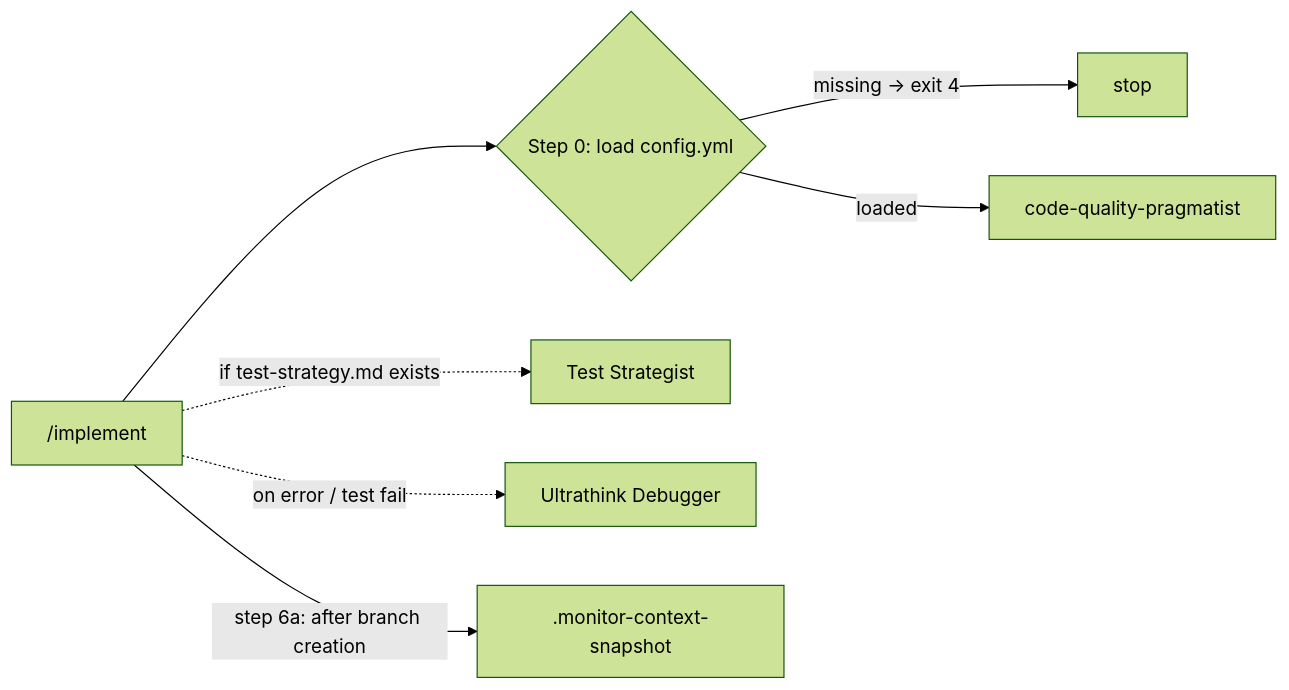
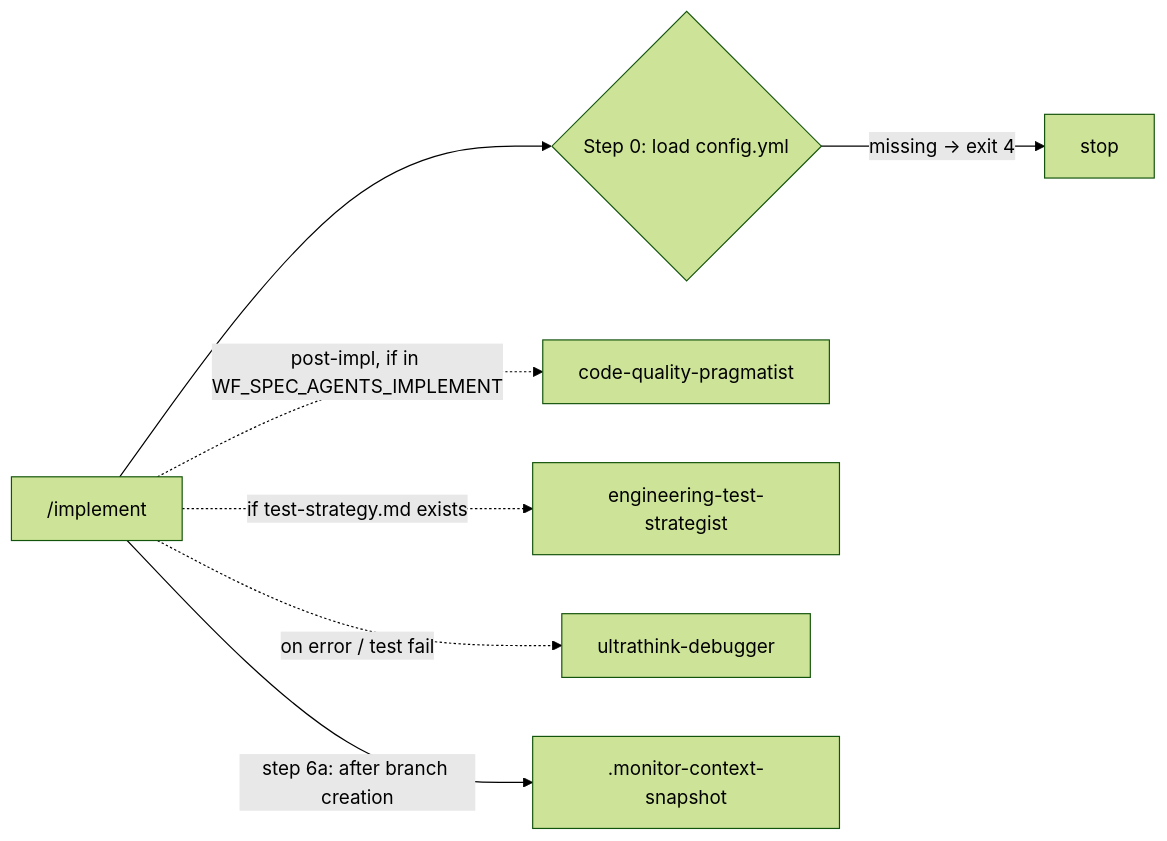
Before and after one commit to AlarQ/SDD-hub: the eighth of 15 diagrams in docs/workflow-diagram.md, drawn with Mermaid (forest theme). The commit also changed other lines of this file and 4 other files, not shown here.

````diff
--- a/docs/workflow-diagram.md
+++ b/docs/workflow-diagram.md
@@ -315,9 +302,9 @@
 ```mermaid
 graph LR
     IM["/implement"] --> CFG0{Step 0: load config.yml}
     CFG0 -->|missing → exit 4| STOP_IM[stop]
-    CFG0 -->|loaded| CQP[code-quality-pragmatist]
-    IM -.->|if test-strategy.md exists| TSG[Test Strategist]
-    IM -.->|on error / test fail| UD[Ultrathink Debugger]
+    IM -.->|post-impl, if in WF_SPEC_AGENTS_IMPLEMENT| CQP[code-quality-pragmatist]
+    IM -.->|if test-strategy.md exists| TSG[engineering-test-strategist]
+    IM -.->|on error / test fail| UD[ultrathink-debugger]
     IM -->|step 6a: after branch creation| SNAP[.monitor-context-snapshot]
 ```
````
